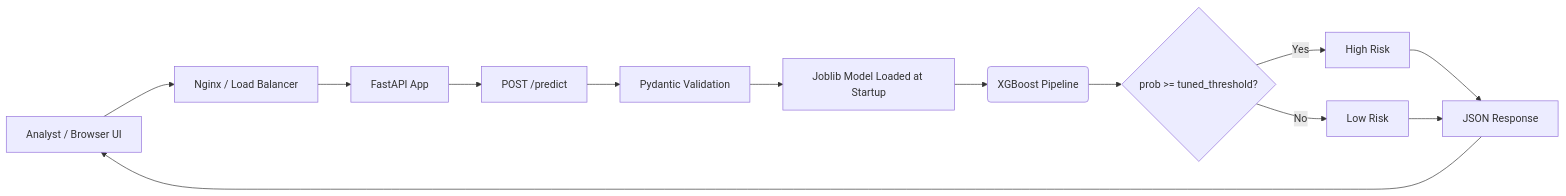
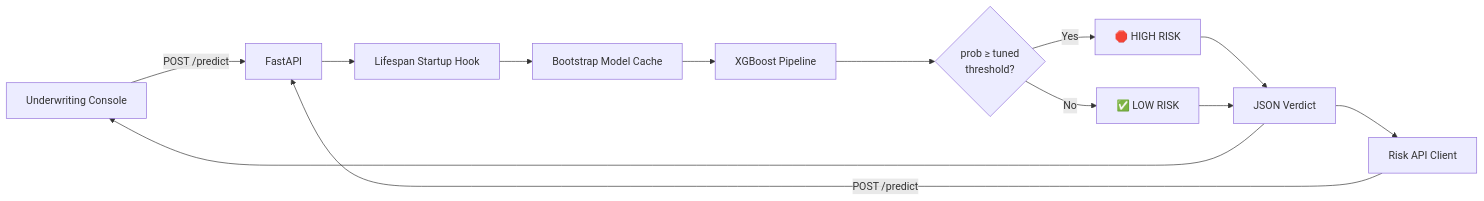
One commit to AmanXk/credit-card-risk-predixtion changed the first of 4 diagrams in README.md. Above: the diagram before and after it, drawn with Mermaid. The commit also changed other lines of this file, not shown here.

````diff
--- a/README.md
+++ b/README.md
@@ -57,15 +81,15 @@
 ```mermaid
 flowchart LR
-    A[Analyst / Browser UI] --> B[Nginx / Load Balancer]
-    B --> C[FastAPI App]
-    C --> D[POST /predict]
-    D --> E[Pydantic Validation]
-    E --> F[Joblib Model Loaded at Startup]
-    F --> G(XGBoost Pipeline)
-    G --> H{prob >= tuned_threshold?}
-    H -- Yes --> I[High Risk]
-    H -- No --> J[Low Risk]
-    I --> K[JSON Response]
-    J --> K
-    K --> A
+    U[Underwriting Console] -->|POST /predict| F[FastAPI]
+    R[Risk API Client] -->|POST /predict| F
+    F --> P[Lifespan Startup Hook]
+    P --> M[Bootstrap Model Cache]
+    M --> X[XGBoost Pipeline]
+    X --> T{prob ≥ tuned<br/>threshold?}
+    T -- Yes --> HI[🛑 HIGH RISK]
+    T -- No --> LO[✅ LOW RISK]
+    HI --> R1[JSON Verdict]
+    LO --> R1
+    R1 --> U
+    R1 --> R
 ```
````
